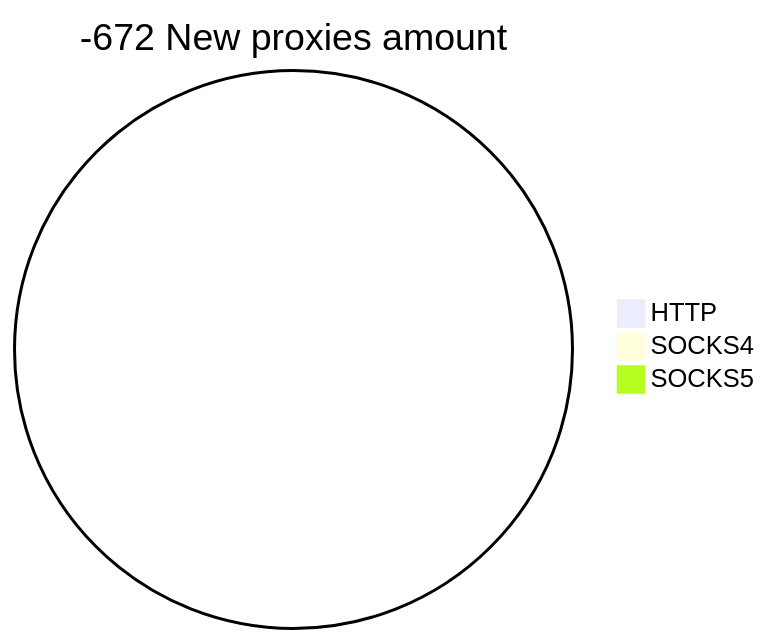
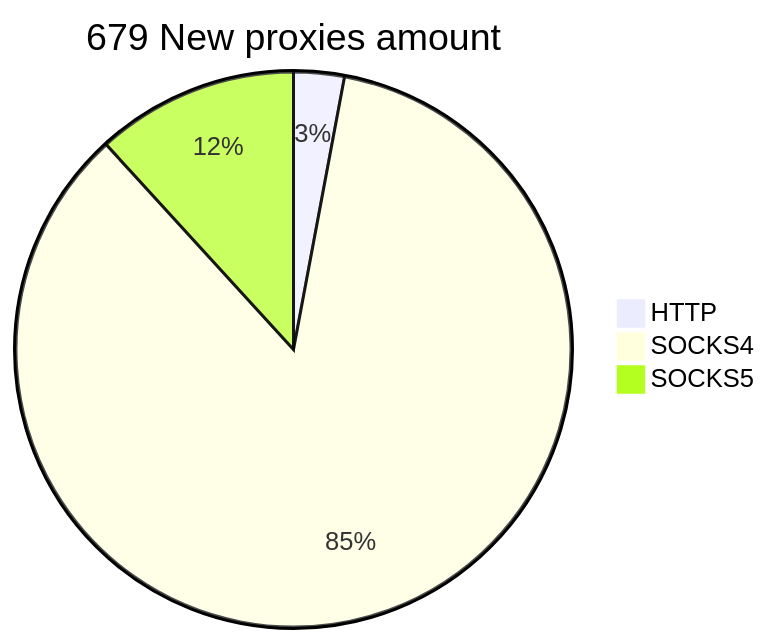
The second of 2 diagrams in README.md (cutipu/proxylist), drawn with Mermaid before and after one commit. The commit also changed other lines of this file, not shown here.

````diff
--- a/README.md
+++ b/README.md
@@ -10,6 +10,6 @@
 ```mermaid
-pie title -672 New proxies amount
-    "HTTP" : 0
-    "SOCKS4" : 0
-    "SOCKS5" : 0
+pie title 679 New proxies amount
+    "HTTP" : 20
+    "SOCKS4" : 579
+    "SOCKS5" : 80
 ```
````
